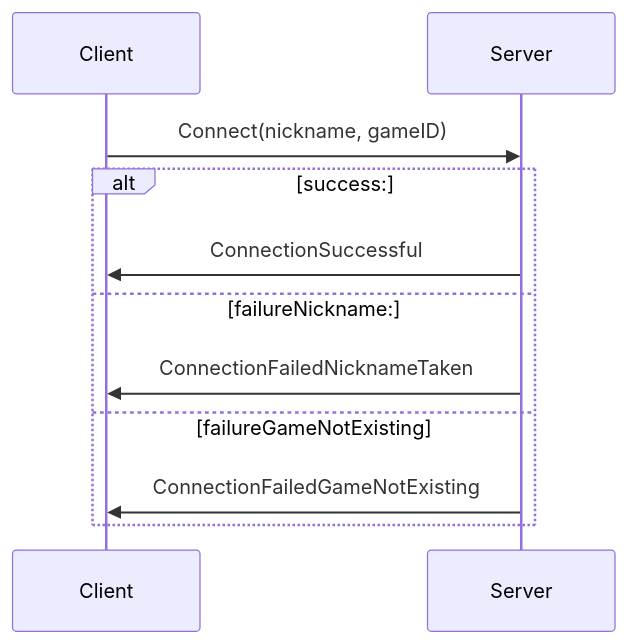
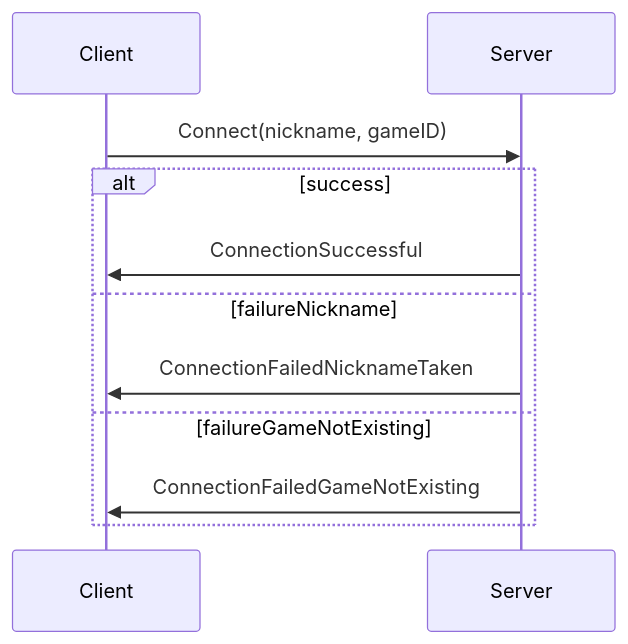
One commit to lorenzo-morelli/Eriantys changed the second of 3 diagrams in deliveries/protocol_documentation.md. Above: the diagram before and after it, drawn with Mermaid. The commit also changed other lines of this file and 1 other file, not shown here.

````diff
--- a/deliveries/protocol_documentation.md
+++ b/deliveries/protocol_documentation.md
@@ -211,12 +201,12 @@
 ```mermaid
 sequenceDiagram
 Client ->> Server: Connect(nickname, gameID)
-alt success:
+alt success
     Server->>Client: ConnectionSuccessful
-else failureNickname:
+else failureNickname
     Server->>Client: ConnectionFailedNicknameTaken
 else failureGameNotExisting
     Server->>Client: ConnectionFailedGameNotExisting
 end
 
 ```
````
